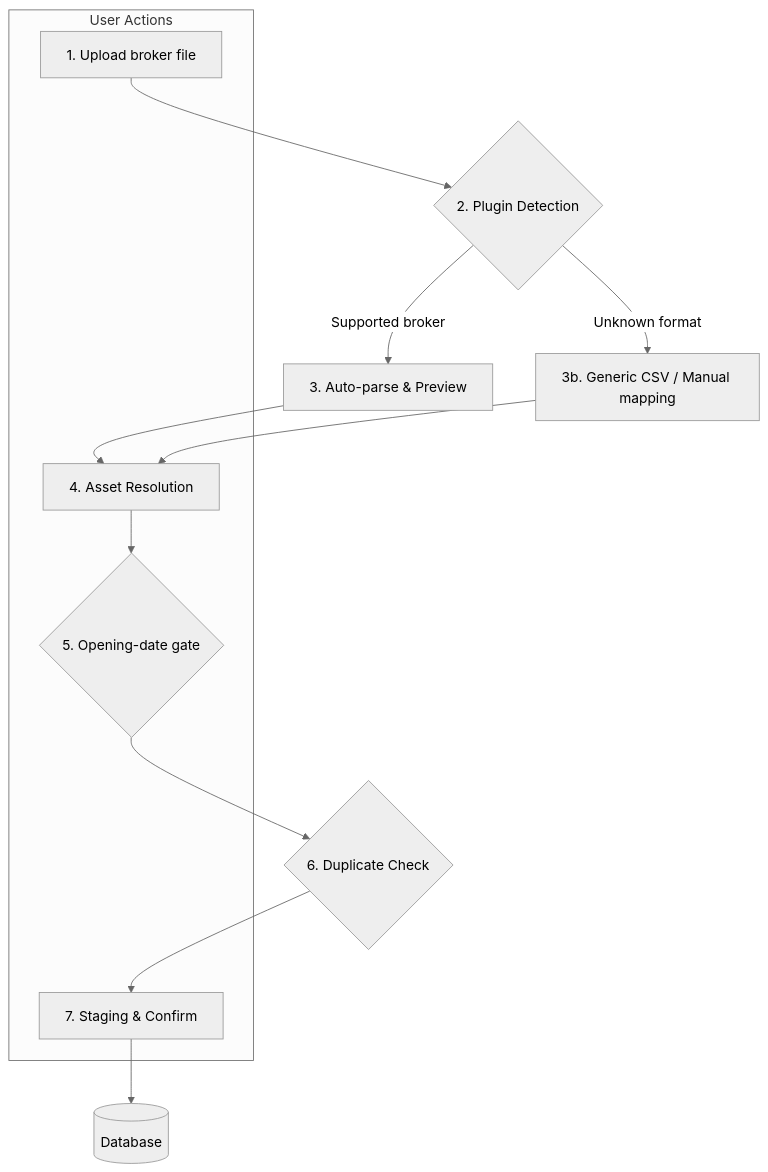
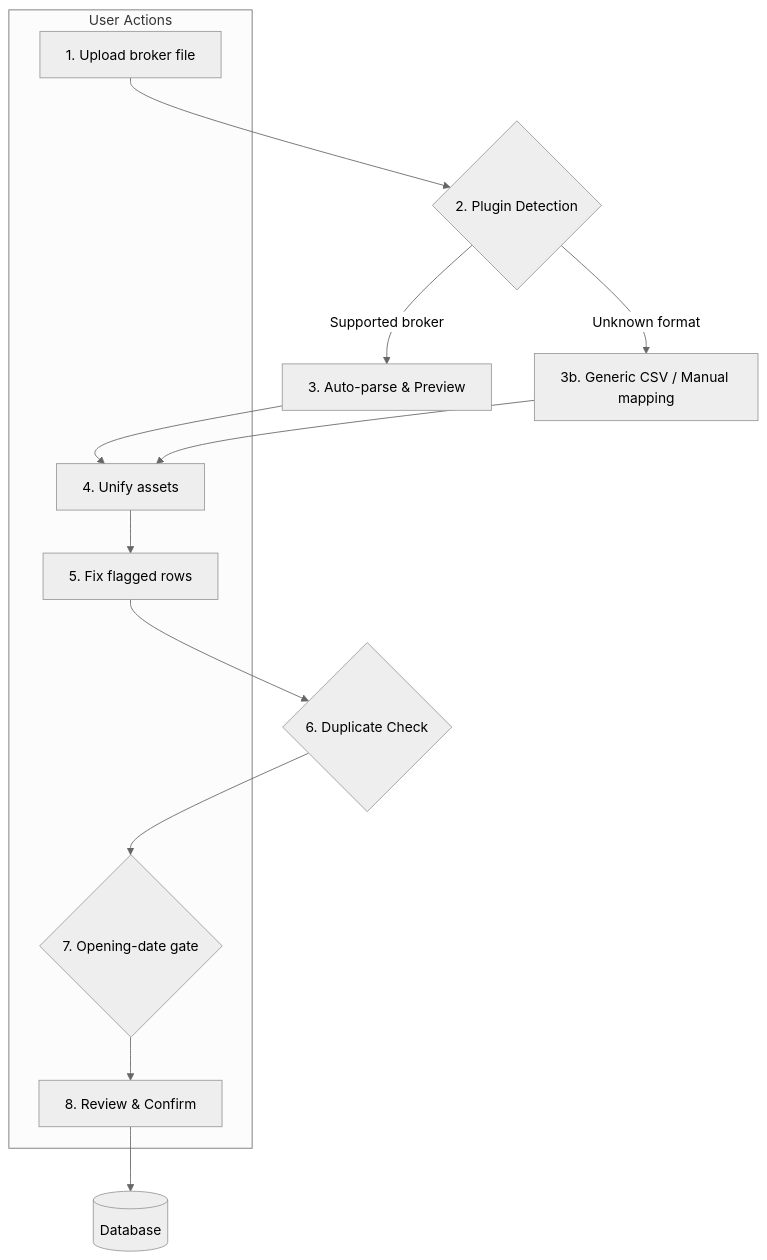
One commit to Librefolio/LibreFolio changed the diagram in mkdocs_src/docs/developer/backend/brim/architecture.md. Above: the diagram before and after it, drawn with Mermaid (neutral theme). The commit also changed other lines of this file and 58 other files, not shown here.

````diff
--- a/mkdocs_src/docs/developer/backend/brim/architecture.md
+++ b/mkdocs_src/docs/developer/backend/brim/architecture.md
@@ -9,19 +9,21 @@
 ```mermaid
 graph TD
     A[1. Upload broker file] --> B{2. Plugin Detection}
     B -->|Supported broker| C[3. Auto-parse & Preview]
     B -->|Unknown format| D[3b. Generic CSV / Manual mapping]
-    C --> E[4. Asset Resolution]
+    C --> E[4. Unify assets]
     D --> E
-    E --> F{5. Opening-date gate}
-    F --> I{6. Duplicate Check}
-    I --> G[7. Staging & Confirm]
+    E --> X[5. Fix flagged rows]
+    X --> I{6. Duplicate Check}
+    I --> F{7. Opening-date gate}
+    F --> G[8. Review & Confirm]
     G --> H[(Database)]
 
     subgraph User Actions
         A
         E
+        X
         F
         G
     end
 ```
````
